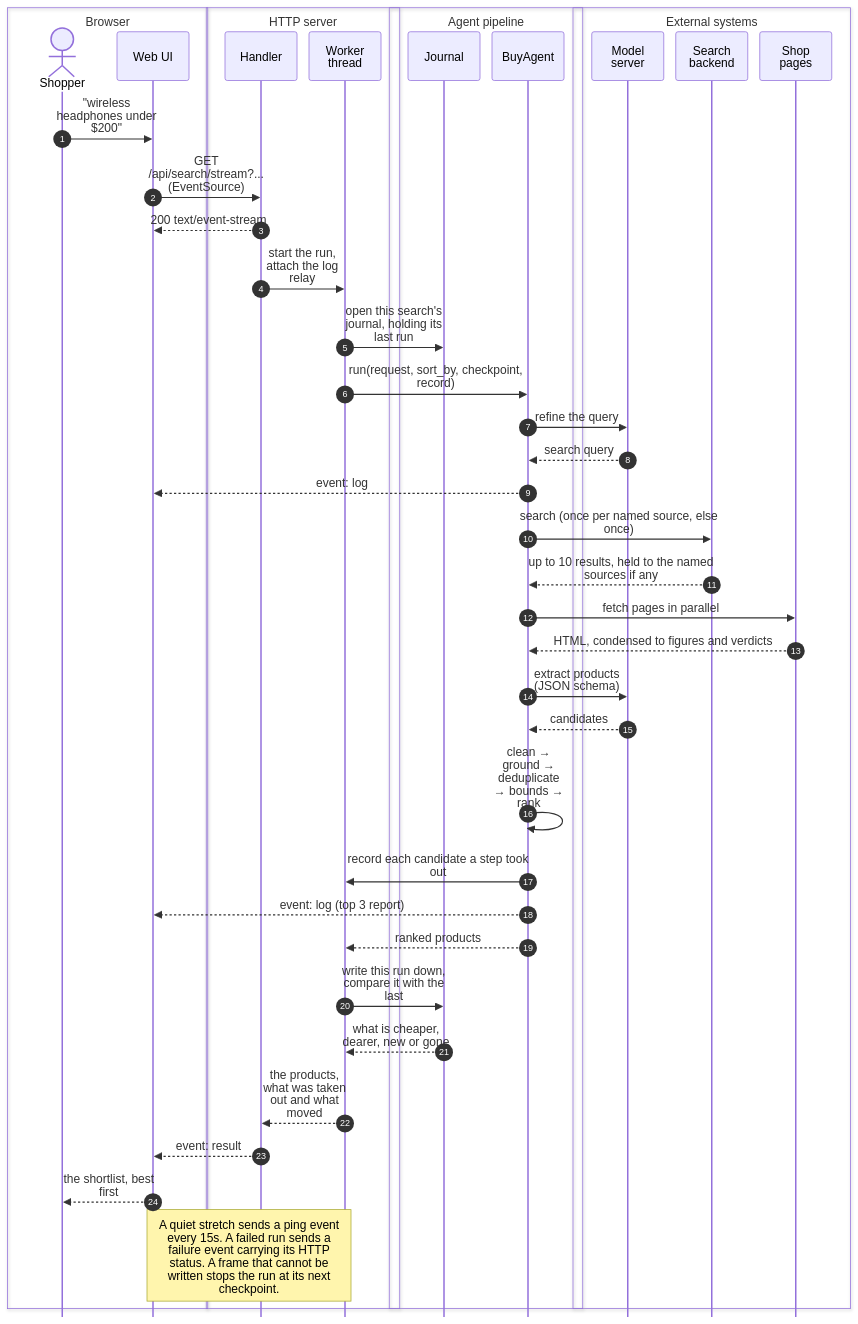
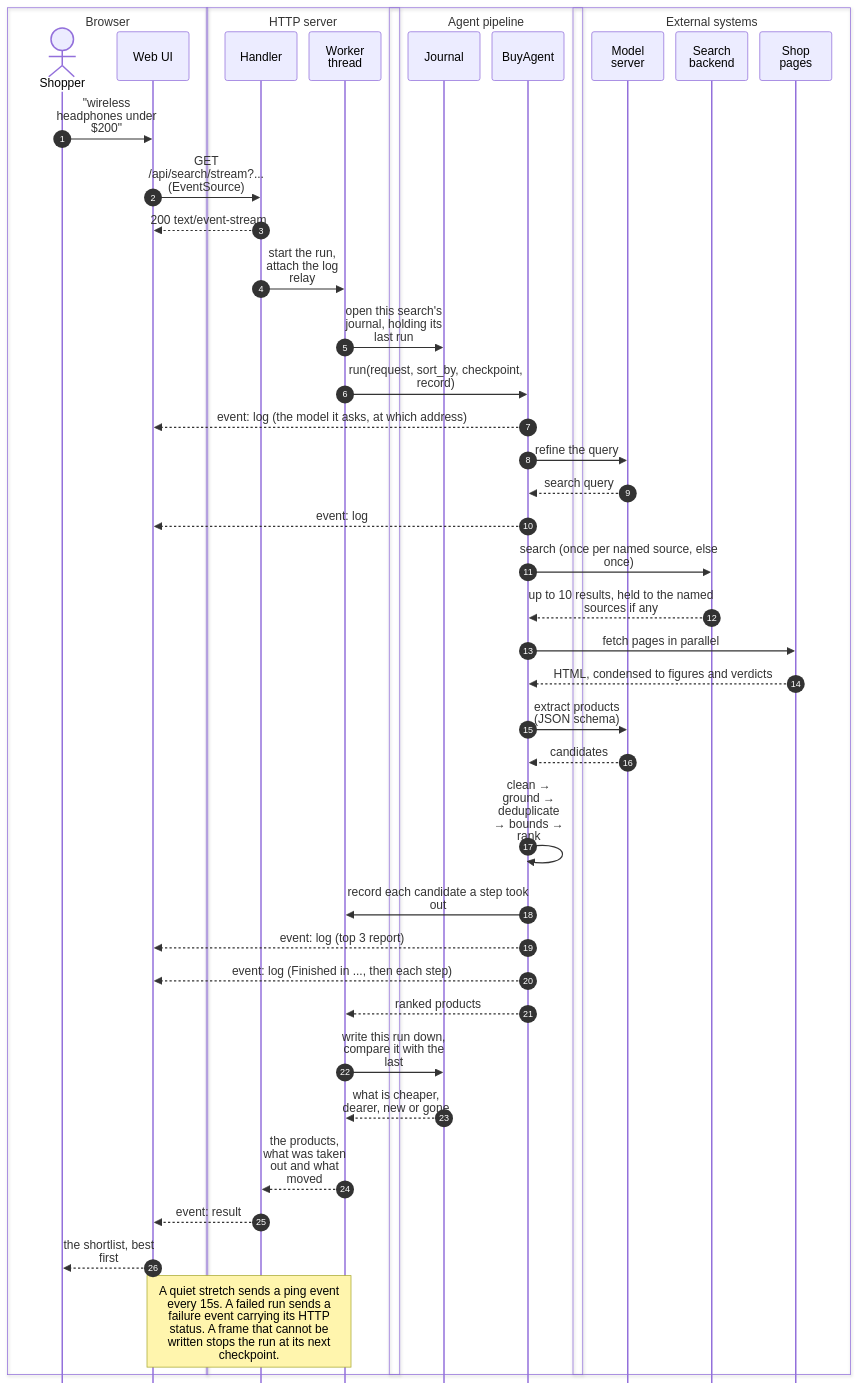
Diagram 11 of 11 in docs/architecture.md (adamw7/buy_agent), drawn with Mermaid before and after one commit. The commit also changed other lines of this file, not shown here.

First line of the commit message:
Docs: bring the C4 diagrams up to the version stamp and the run's timing (#345)

````diff
--- a/docs/architecture.md
+++ b/docs/architecture.md
@@ -648,55 +653,57 @@
 ```mermaid
 ---
 config:
   sequence:
     mirrorActors: false
     actorMargin: 16
     width: 96
     wrap: true
 ---
 sequenceDiagram
     autonumber
     box Browser
         actor S as Shopper
         participant UI as Web UI
     end
     box HTTP server
         participant H as Handler
         participant W as Worker thread
     end
     box Agent pipeline
         participant J as Journal
         participant A as BuyAgent
     end
     box External systems
         participant O as Model server
         participant D as Search backend
         participant P as Shop pages
     end
 
     S->>UI: "wireless headphones under $200"
     UI->>H: GET /api/search/stream?... (EventSource)
     H-->>UI: 200 text/event-stream
     H->>W: start the run, attach the log relay
     W->>J: open this search's journal, holding its last run
     W->>A: run(request, sort_by, checkpoint, record)
+    A-->>UI: event: log (the model it asks, at which address)
     A->>O: refine the query
     O-->>A: search query
     A-->>UI: event: log
     A->>D: search (once per named source, else once)
     D-->>A: up to 10 results, held to the named sources if any
     A->>P: fetch pages in parallel
     P-->>A: HTML, condensed to figures and verdicts
     A->>O: extract products (JSON schema)
     O-->>A: candidates
     A->>A: clean → ground → deduplicate → bounds → rank
     A->>W: record each candidate a step took out
     A-->>UI: event: log (top 3 report)
+    A-->>UI: event: log (Finished in ..., then each step)
     A-->>W: ranked products
     W->>J: write this run down, compare it with the last
     J-->>W: what is cheaper, dearer, new or gone
     W-->>H: the products, what was taken out and what moved
     H-->>UI: event: result
     UI-->>S: the shortlist, best first
     Note over UI,W: A quiet stretch sends a ping event every 15s. A failed run sends a failure event carrying its HTTP status. A frame that cannot be written stops the run at its next checkpoint.
 ```
````
